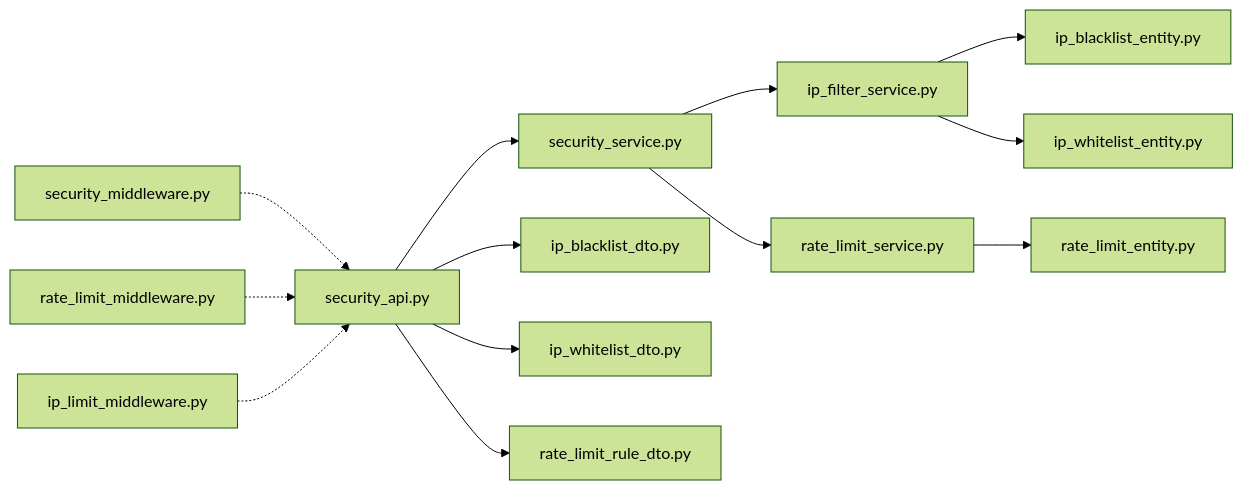
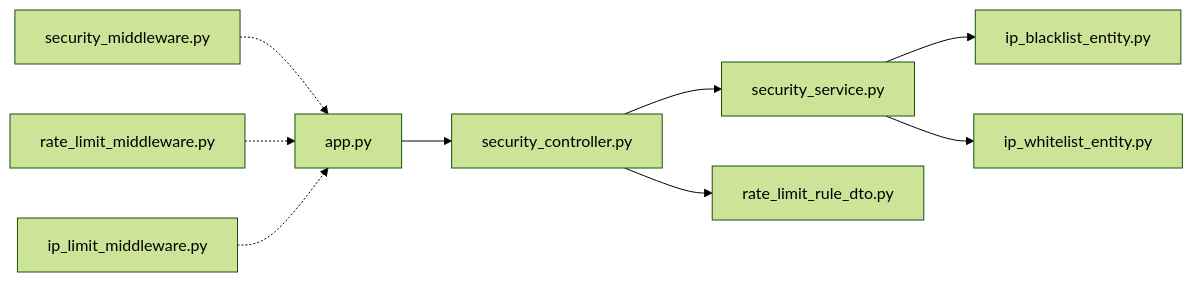
One commit to taoweidong/Hello-Django-Ninja-Api changed the third of 4 diagrams in .qoder/repowiki/zh/content/API 接口文档/安全防护接口.md. Above: the diagram before and after it, drawn with Mermaid (forest theme). The commit also changed other lines of this file and 7 other files, not shown here.

````diff
--- a/.qoder/repowiki/zh/content/API 接口文档/安全防护接口.md
+++ b/.qoder/repowiki/zh/content/API 接口文档/安全防护接口.md
@@ -290,15 +233,11 @@
 ```mermaid
 graph LR
-API["security_api.py"] --> SVC["security_service.py"]
-SVC --> IPS["ip_filter_service.py"]
-SVC --> RLS["rate_limit_service.py"]
-IPS --> ENT1["ip_blacklist_entity.py"]
-IPS --> ENT2["ip_whitelist_entity.py"]
-RLS --> ENT3["rate_limit_entity.py"]
-API --> DTO1["ip_blacklist_dto.py"]
-API --> DTO2["ip_whitelist_dto.py"]
-API --> DTO3["rate_limit_rule_dto.py"]
-MW1["security_middleware.py"] -.-> API
-MW2["rate_limit_middleware.py"] -.-> API
-MW3["ip_limit_middleware.py"] -.-> API
+CTRL["security_controller.py"] --> SVC["security_service.py"]
+SVC --> ENT1["ip_blacklist_entity.py"]
+SVC --> ENT2["ip_whitelist_entity.py"]
+CTRL --> DTO1["rate_limit_rule_dto.py"]
+APP["app.py"] --> CTRL
+MW1["security_middleware.py"] -.-> APP
+MW2["rate_limit_middleware.py"] -.-> APP
+MW3["ip_limit_middleware.py"] -.-> APP
 ```
````
